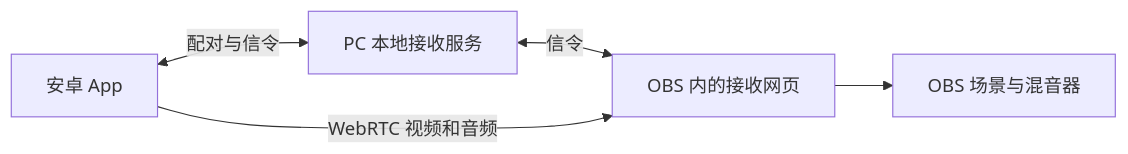
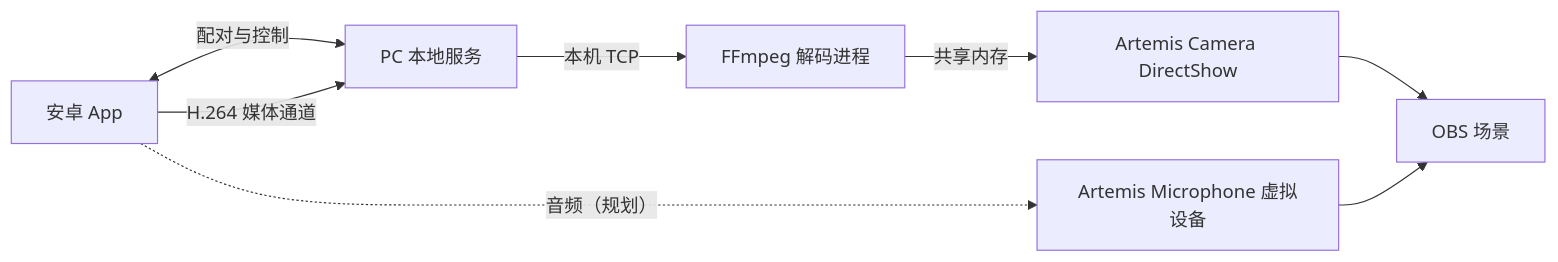
The diagram in 产品规划.md (PrimeDawn/Artemis), drawn with Mermaid before and after one commit. The commit also changed other lines of this file and 9 other files, not shown here.

````diff
--- a/产品规划.md
+++ b/产品规划.md
@@ -49,7 +50,10 @@
 ```mermaid
 flowchart LR
-    A[安卓 App] <-->|配对与信令| S[PC 本地接收服务]
-    S <-->|信令| B[OBS 内的接收网页]
-    A -->|WebRTC 视频和音频| B
-    B --> O[OBS 场景与混音器]
+    A[安卓 App] <-->|配对与控制| S[PC 本地服务]
+    A -->|H.264 媒体通道| S
+    S -->|本机 TCP| D[FFmpeg 解码进程]
+    D -->|共享内存| C[Artemis Camera DirectShow]
+    A -.->|音频（规划）| M[Artemis Microphone 虚拟设备]
+    C --> O[OBS 场景]
+    M --> O
 ```
````
